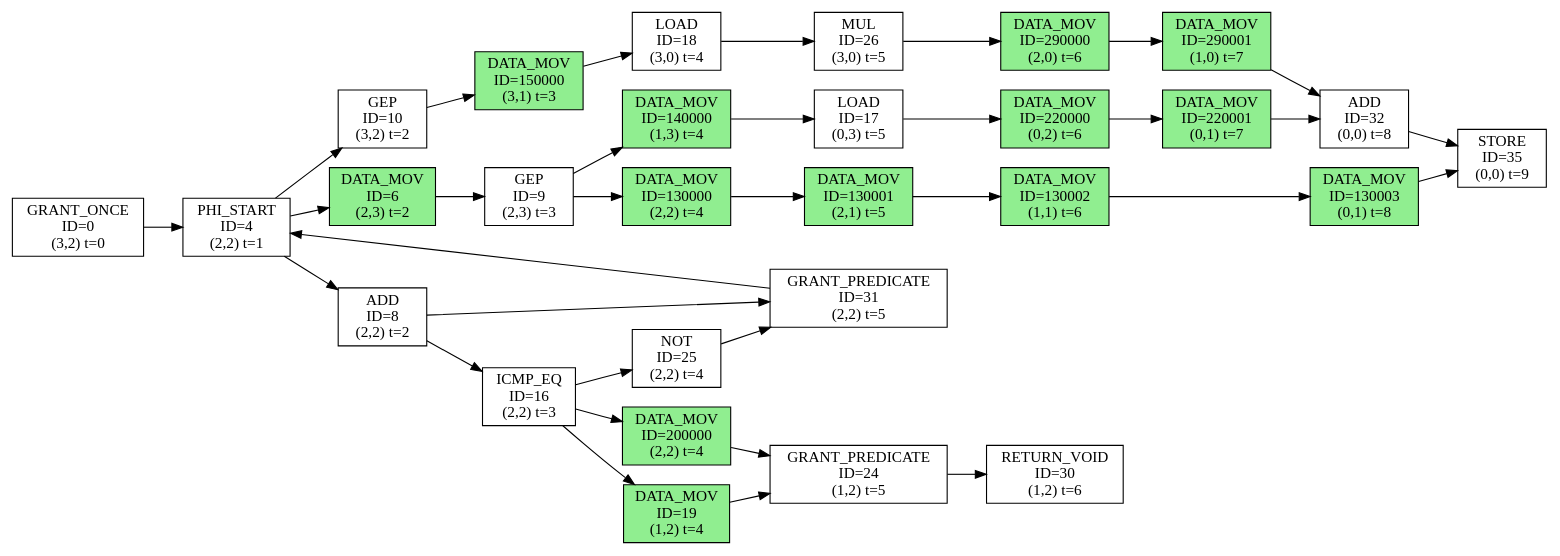
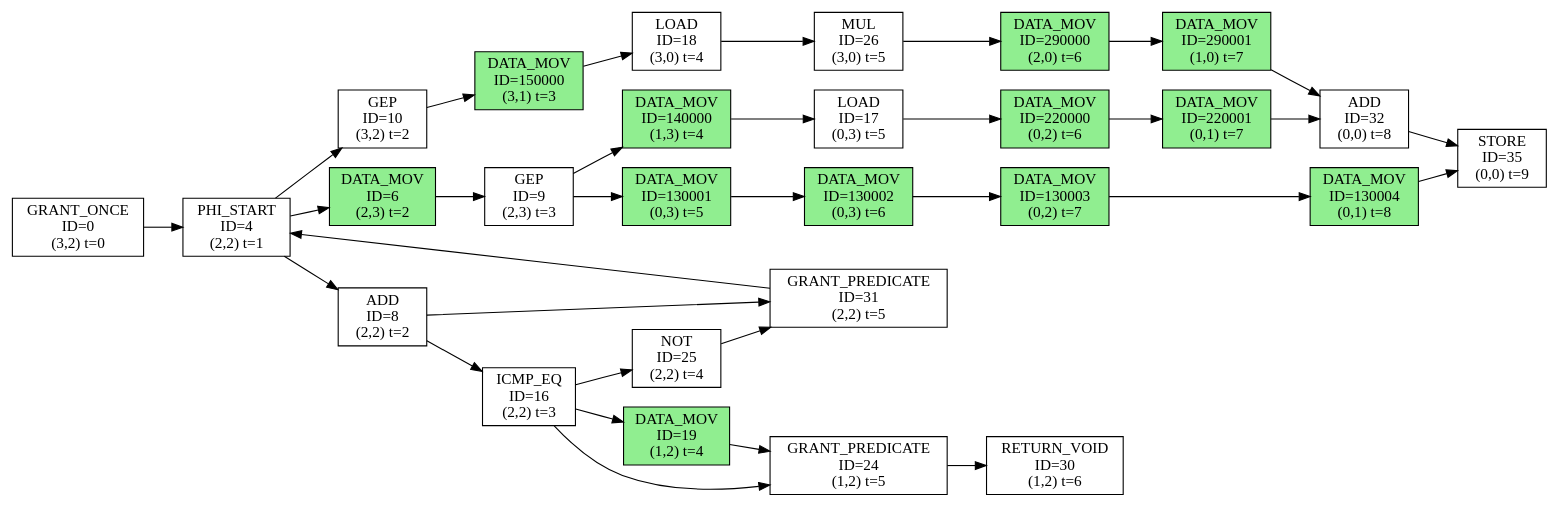
Before and after one commit to sarchlab/Zeonica_Testbench: the diagram in kernel/axpy/tmp-generated-dfg.dot, drawn with Graphviz. The commit also changed 35 other files, not shown here.

```diff
--- a/kernel/axpy/tmp-generated-dfg.dot
+++ b/kernel/axpy/tmp-generated-dfg.dot
@@ -1,64 +1,62 @@
 digraph DFG {
   rankdir=LR;
   node [shape=box, style=filled];
   n0 [label="GRANT_ONCE\nID=0\n(3,2) t=0", fillcolor=white];
   n4 [label="PHI_START\nID=4\n(2,2) t=1", fillcolor=white];
   n6 [label="DATA_MOV\nID=6\n(2,3) t=2", fillcolor=lightgreen];
   n8 [label="ADD\nID=8\n(2,2) t=2", fillcolor=white];
   n9 [label="GEP\nID=9\n(2,3) t=3", fillcolor=white];
   n10 [label="GEP\nID=10\n(3,2) t=2", fillcolor=white];
   n16 [label="ICMP_EQ\nID=16\n(2,2) t=3", fillcolor=white];
   n17 [label="LOAD\nID=17\n(0,3) t=5", fillcolor=white];
   n18 [label="LOAD\nID=18\n(3,0) t=4", fillcolor=white];
   n19 [label="DATA_MOV\nID=19\n(1,2) t=4", fillcolor=lightgreen];
   n24 [label="GRANT_PREDICATE\nID=24\n(1,2) t=5", fillcolor=white];
   n25 [label="NOT\nID=25\n(2,2) t=4", fillcolor=white];
   n26 [label="MUL\nID=26\n(3,0) t=5", fillcolor=white];
   n30 [label="RETURN_VOID\nID=30\n(1,2) t=6", fillcolor=white];
   n31 [label="GRANT_PREDICATE\nID=31\n(2,2) t=5", fillcolor=white];
   n32 [label="ADD\nID=32\n(0,0) t=8", fillcolor=white];
   n35 [label="STORE\nID=35\n(0,0) t=9", fillcolor=white];
-  n130000 [label="DATA_MOV\nID=130000\n(2,2) t=4", fillcolor=lightgreen];
-  n130001 [label="DATA_MOV\nID=130001\n(2,1) t=5", fillcolor=lightgreen];
-  n130002 [label="DATA_MOV\nID=130002\n(1,1) t=6", fillcolor=lightgreen];
-  n130003 [label="DATA_MOV\nID=130003\n(0,1) t=8", fillcolor=lightgreen];
+  n130001 [label="DATA_MOV\nID=130001\n(0,3) t=5", fillcolor=lightgreen];
+  n130002 [label="DATA_MOV\nID=130002\n(0,3) t=6", fillcolor=lightgreen];
+  n130003 [label="DATA_MOV\nID=130003\n(0,2) t=7", fillcolor=lightgreen];
+  n130004 [label="DATA_MOV\nID=130004\n(0,1) t=8", fillcolor=lightgreen];
   n140000 [label="DATA_MOV\nID=140000\n(1,3) t=4", fillcolor=lightgreen];
   n150000 [label="DATA_MOV\nID=150000\n(3,1) t=3", fillcolor=lightgreen];
-  n200000 [label="DATA_MOV\nID=200000\n(2,2) t=4", fillcolor=lightgreen];
   n220000 [label="DATA_MOV\nID=220000\n(0,2) t=6", fillcolor=lightgreen];
   n220001 [label="DATA_MOV\nID=220001\n(0,1) t=7", fillcolor=lightgreen];
   n290000 [label="DATA_MOV\nID=290000\n(2,0) t=6", fillcolor=lightgreen];
   n290001 [label="DATA_MOV\nID=290001\n(1,0) t=7", fillcolor=lightgreen];
   n4 -> n6;
   n6 -> n9;
   n16 -> n19;
   n19 -> n24;
   n10 -> n150000;
   n9 -> n140000;
   n26 -> n290000;
   n290000 -> n290001;
   n17 -> n220000;
   n220000 -> n220001;
-  n9 -> n130000;
-  n130000 -> n130001;
   n130001 -> n130002;
   n130002 -> n130003;
-  n16 -> n200000;
+  n130003 -> n130004;
   n31 -> n4;
   n290001 -> n32;
   n25 -> n31;
   n0 -> n4;
   n32 -> n35;
   n4 -> n8;
   n4 -> n10;
-  n200000 -> n24;
+  n16 -> n24;
   n8 -> n31;
   n8 -> n16;
-  n130003 -> n35;
+  n130004 -> n35;
   n140000 -> n17;
   n24 -> n30;
   n150000 -> n18;
   n16 -> n25;
+  n9 -> n130001;
   n220001 -> n32;
   n18 -> n26;
 }
```
